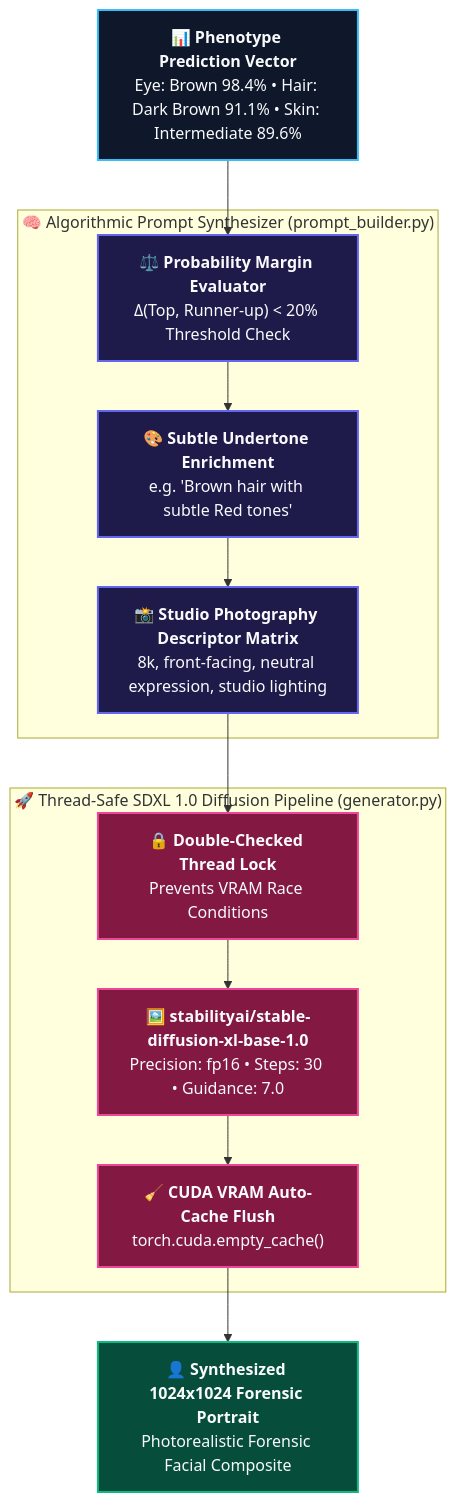
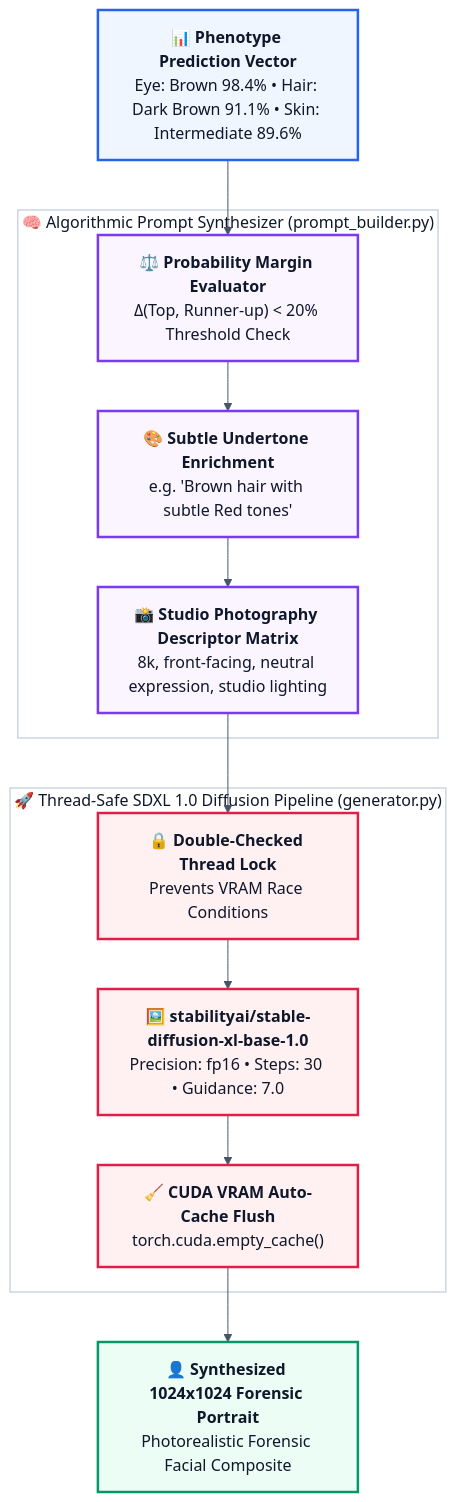
Before and after one commit to maryamemaddd/GenoScene: the diagram in face_generation/README.md, drawn with Mermaid. The commit also changed 2 other files, not shown here.

Commit message:
style(diagrams): Set crisp white background with DNA base-pair color scheme across all Mermaid diagrams

````diff
--- a/face_generation/README.md
+++ b/face_generation/README.md
@@ -29,32 +29,36 @@
 ```mermaid
+%%{init: {'theme': 'base', 'themeVariables': { 'darkMode': false, 'background': '#FFFFFF', 'mainBkg': '#FFFFFF', 'clusterBkg': '#FFFFFF', 'clusterBorder': '#CBD5E1', 'lineColor': '#475569' }}}%%
 flowchart TD
     Vector["📊 <b>Phenotype Prediction Vector</b><br/>Eye: Brown 98.4% • Hair: Dark Brown 91.1% • Skin: Intermediate 89.6%"]
     
     subgraph Engine ["🧠 Algorithmic Prompt Synthesizer (prompt_builder.py)"]
         Margin["⚖️ <b>Probability Margin Evaluator</b><br/>Δ(Top, Runner-up) < 20% Threshold Check"]
         Tone["🎨 <b>Subtle Undertone Enrichment</b><br/>e.g. 'Brown hair with subtle Red tones'"]
         Studio["📸 <b>Studio Photography Descriptor Matrix</b><br/>8k, front-facing, neutral expression, studio lighting"]
         Margin --> Tone --> Studio
     end
 
     subgraph SDXL_Pipeline ["🚀 Thread-Safe SDXL 1.0 Diffusion Pipeline (generator.py)"]
         Lock["🔒 <b>Double-Checked Thread Lock</b><br/>Prevents VRAM Race Conditions"]
         Model["🖼️ <b>stabilityai/stable-diffusion-xl-base-1.0</b><br/>Precision: fp16 • Steps: 30 • Guidance: 7.0"]
         Flush["🧹 <b>CUDA VRAM Auto-Cache Flush</b><br/>torch.cuda.empty_cache()"]
         Lock --> Model --> Flush
     end
 
     Vector --> Margin
     Studio --> Lock
     Flush --> Result["👤 <b>Synthesized 1024x1024 Forensic Portrait</b><br/>Photorealistic Forensic Facial Composite"]
 
-    classDef vecStyle fill:#0F172A,stroke:#38BDF8,stroke-width:2px,color:#F8FAFC;
-    classDef engineStyle fill:#1E1B4B,stroke:#6366F1,stroke-width:2px,color:#F8FAFC;
-    classDef sdxlStyle fill:#831843,stroke:#EC4899,stroke-width:2px,color:#F8FAFC;
-    classDef resStyle fill:#064E3B,stroke:#10B981,stroke-width:2px,color:#F8FAFC;
+    classDef dnaBlue fill:#EFF6FF,stroke:#2563EB,stroke-width:2.5px,color:#0F172A;
+    classDef dnaPurple fill:#FAF5FF,stroke:#7C3AED,stroke-width:2.5px,color:#0F172A;
+    classDef dnaCoral fill:#FFF1F2,stroke:#E11D48,stroke-width:2.5px,color:#0F172A;
+    classDef dnaGreen fill:#ECFDF5,stroke:#059669,stroke-width:2.5px,color:#0F172A;
 
-    class Vector vecStyle;
-    class Margin,Tone,Studio engineStyle;
-    class Lock,Model,Flush sdxlStyle;
-    class Result resStyle;
+    class Vector dnaBlue;
+    class Margin,Tone,Studio dnaPurple;
+    class Lock,Model,Flush dnaCoral;
+    class Result dnaGreen;
+
+    style Engine fill:#FFFFFF,stroke:#CBD5E1,stroke-width:1.5px,color:#0F172A;
+    style SDXL_Pipeline fill:#FFFFFF,stroke:#CBD5E1,stroke-width:1.5px,color:#0F172A;
 ```
````
